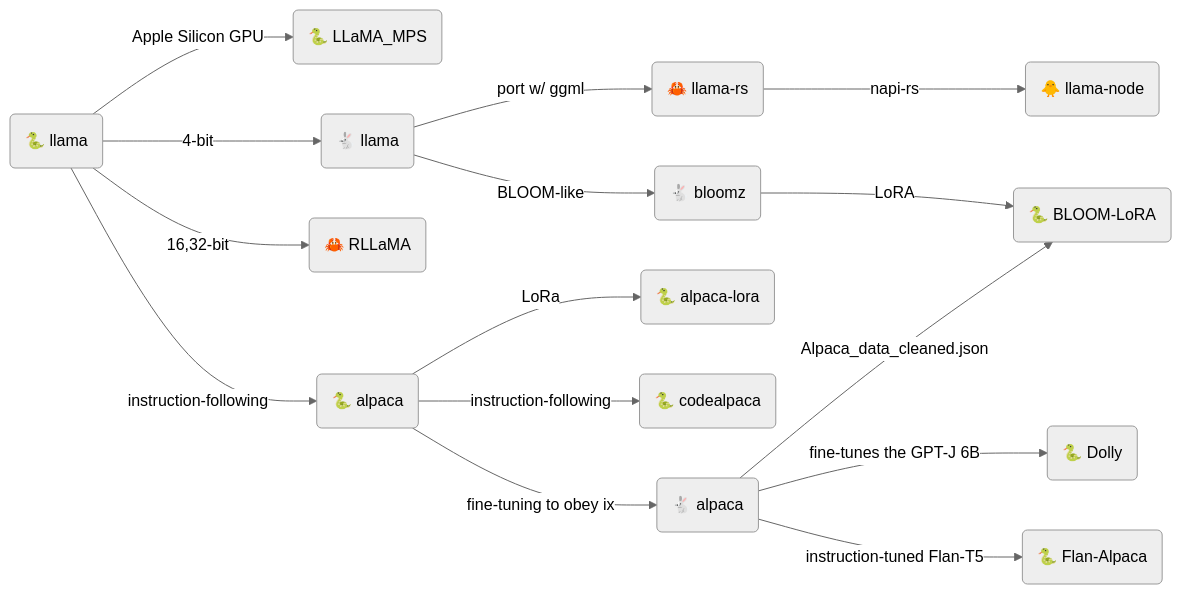
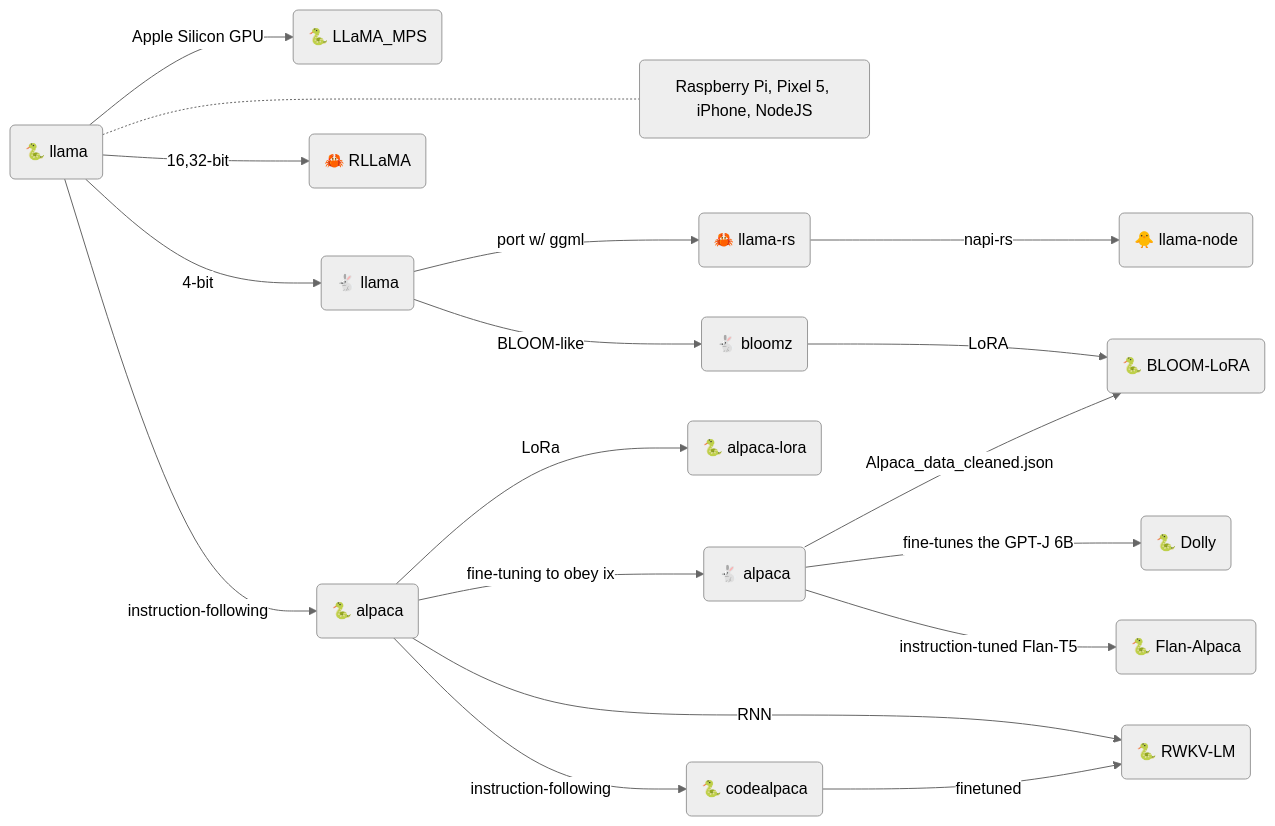
Before and after one commit to gist-rs/book: the second of 3 diagrams in src/ml/llama.md, drawn with Mermaid (neutral theme). The commit also changed other lines of this file, not shown here.

Commit message:
feat: add RWKV

````diff
--- a/src/ml/llama.md
+++ b/src/ml/llama.md
@@ -66,16 +43,19 @@
 ```mermaid
 graph LR;
 A --Apple Silicon GPU--> AA("🐍 LLaMA_MPS")
+A -..- AAA("Raspberry Pi, Pixel 5, iPhone, NodeJS")
 A("🐍 llama") --"4-bit"--> B("🐇 llama")
 B --port w/ ggml--> C("🦀 llama-rs")
 A --"16,32-bit"--> CC("🦀 RLLaMA")
 C --"napi-rs"--> I("🐥 llama-node")
 E --"fine-tuning to obey ix"--> D("🐇 alpaca")
 A --instruction-following--> E("🐍 alpaca") --LoRa--> F("🐍 alpaca-lora")
 E --instruction-following--> H("🐍 codealpaca")
 D --"fine-tunes the GPT-J 6B"--> DD("🐍 Dolly")
 D --"instruction-tuned Flan-T5"--> DDD("🐍 Flan-Alpaca")
 B --BLOOM-like--> BB("🐇 bloomz")
 BB --LoRA--> DDDD("🐍 BLOOM-LoRA")
 D --Alpaca_data_cleaned.json--> DDDD
+E --RNN-->EE("🐍 RWKV-LM")
+H --finetuned--> EE
 ```
````
